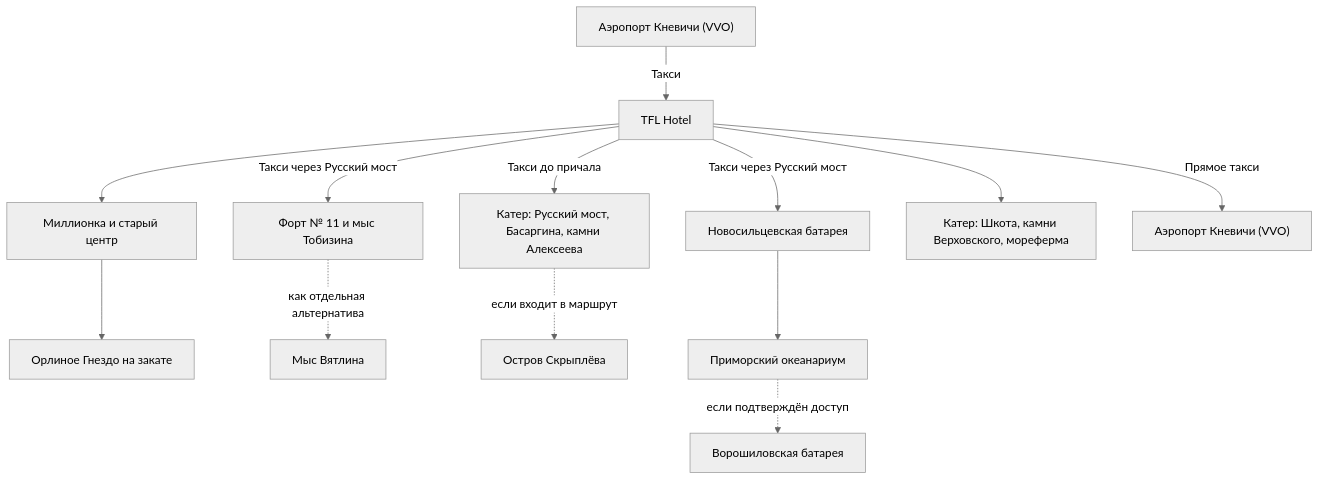
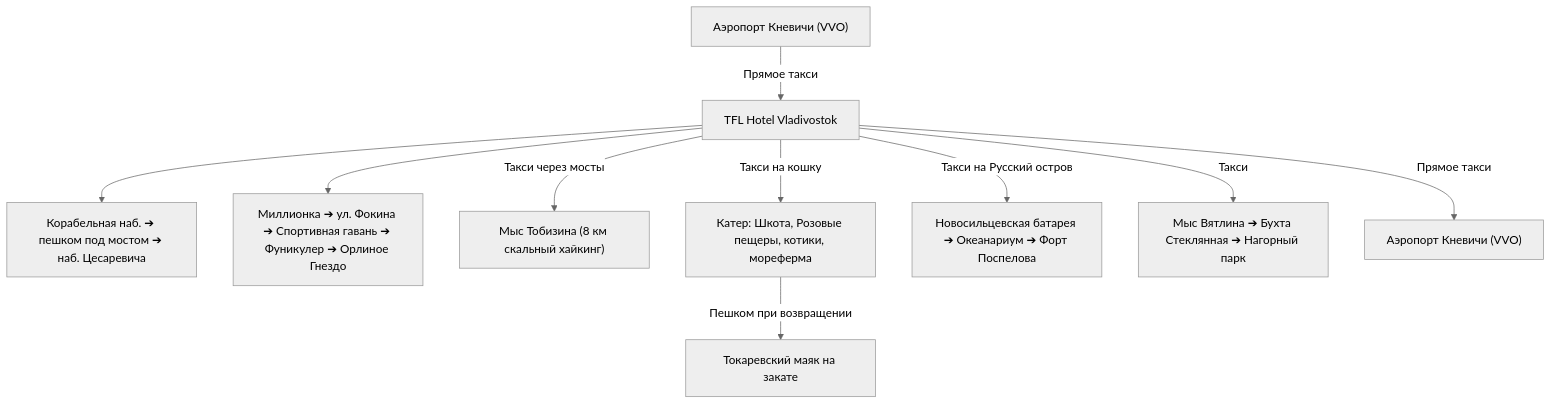
One commit to injurka/obsidian-mark changed the diagram in Personal Note/Travel/-- Владивосток/02 - Маршрутный план/Маршрутный план.md. Above: the diagram before and after it, drawn with Mermaid (neutral theme). The commit also changed other lines of this file and 20 other files, not shown here.

````diff
--- a/Personal Note/Travel/-- Владивосток/02 - Маршрутный план/Маршрутный план.md
+++ b/Personal Note/Travel/-- Владивосток/02 - Маршрутный план/Маршрутный план.md
@@ -47,15 +49,12 @@
 ```mermaid
 flowchart TD
-    A["Аэропорт Кневичи (VVO)"] -->|Такси| B["TFL Hotel"]
-    B --> C["Миллионка и старый центр"]
-    C --> D["Орлиное Гнездо на закате"]
-    B -->|Такси через Русский мост| E["Форт № 11 и мыс Тобизина"]
-    E -. "как отдельная альтернатива" .-> F["Мыс Вятлина"]
-    B -->|Такси до причала| G["Катер: Русский мост, Басаргина, камни Алексеева"]
-    G -. "если входит в маршрут" .-> H["Остров Скрыплёва"]
-    B -->|Такси через Русский мост| I["Новосильцевская батарея"]
-    I --> J["Приморский океанариум"]
-    J -. "если подтверждён доступ" .-> K["Ворошиловская батарея"]
-    B --> L["Катер: Шкота, камни Верховского, мореферма"]
-    B -->|Прямое такси| M["Аэропорт Кневичи (VVO)"]
+    A["Аэропорт Кневичи (VVO)"] -->|Прямое такси| B["TFL Hotel Vladivostok"]
+    B --> C["Корабельная наб. ➔ пешком под мостом ➔ наб. Цесаревича"]
+    B --> D["Миллионка ➔ ул. Фокина ➔ Спортивная гавань ➔ Фуникулер ➔ Орлиное Гнездо"]
+    B -->|Такси через мосты| E["Мыс Тобизина (8 км скальный хайкинг)"]
+    B -->|Такси на кошку| F["Катер: Шкота, Розовые пещеры, котики, мореферма"]
+    F -->|Пешком при возвращении| G["Токаревский маяк на закате"]
+    B -->|Такси на Русский остров| H["Новосильцевская батарея ➔ Океанариум ➔ Форт Поспелова"]
+    B -->|Такси| I["Мыс Вятлина ➔ Бухта Стеклянная ➔ Нагорный парк"]
+    B -->|Прямое такси| J["Аэропорт Кневичи (VVO)"]
 ```
````
